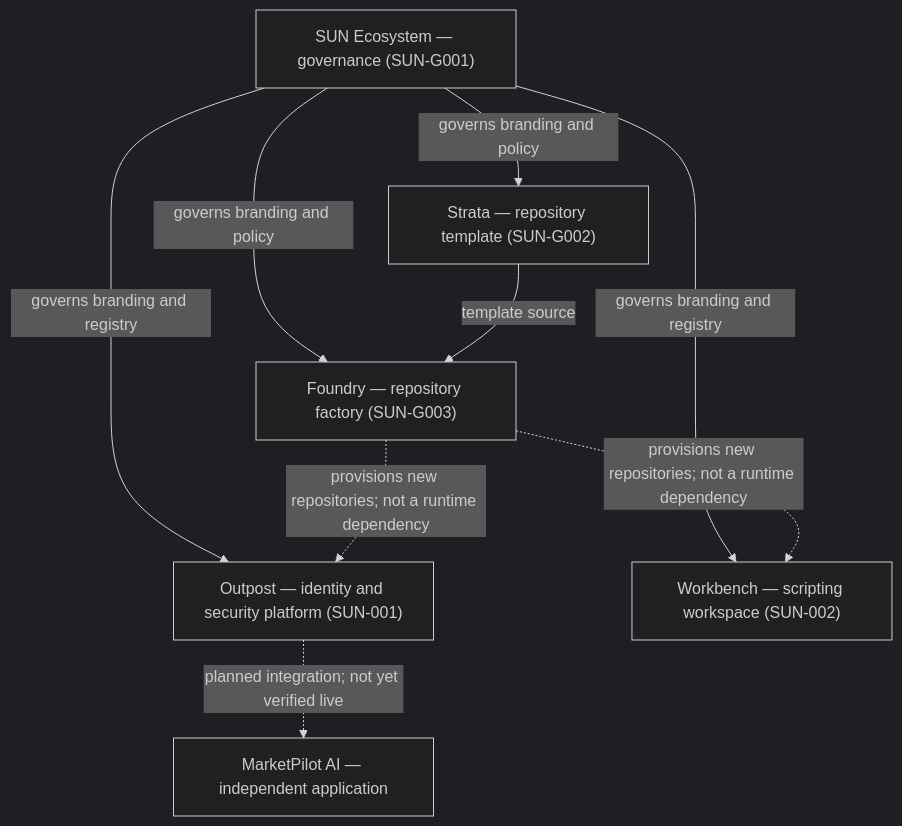
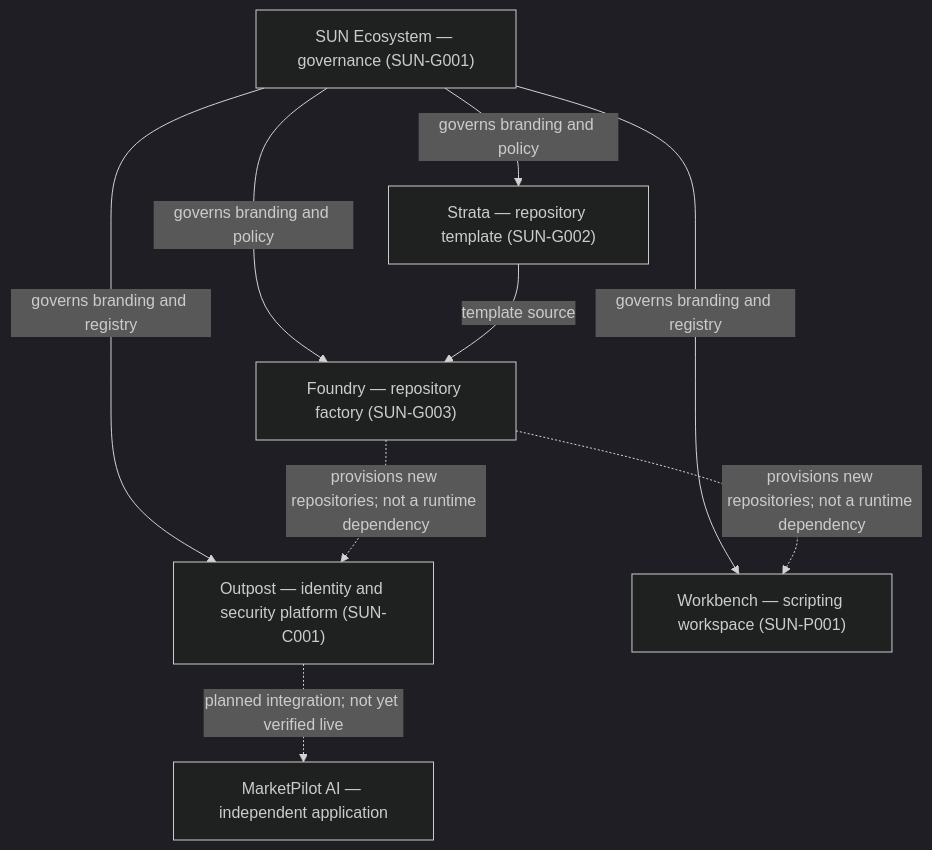
Before and after one commit to sunstriker2009/sun-ecosystem: the diagram in docs/architecture/ECOSYSTEM-MAP.md, drawn with Mermaid (dark theme). The commit also changed 16 other files, not shown here.

````diff
--- a/docs/architecture/ECOSYSTEM-MAP.md
+++ b/docs/architecture/ECOSYSTEM-MAP.md
@@ -6,18 +6,18 @@
 ```mermaid
 flowchart TD
     SUN["SUN Ecosystem — governance (SUN-G001)"]
     Strata["Strata — repository template (SUN-G002)"]
     Foundry["Foundry — repository factory (SUN-G003)"]
-    Outpost["Outpost — identity and security platform (SUN-001)"]
-    Workbench["Workbench — scripting workspace (SUN-002)"]
+    Outpost["Outpost — identity and security platform (SUN-C001)"]
+    Workbench["Workbench — scripting workspace (SUN-P001)"]
     MARKET["MarketPilot AI — independent application"]
 
     SUN -->|governs branding and policy| Strata
     SUN -->|governs branding and policy| Foundry
     SUN -->|governs branding and registry| Outpost
     SUN -->|governs branding and registry| Workbench
     Strata -->|template source| Foundry
     Foundry -.->|provisions new repositories; not a runtime dependency| Outpost
     Foundry -.->|provisions new repositories; not a runtime dependency| Workbench
     Outpost -.->|planned integration; not yet verified live| MARKET
 ```
````
